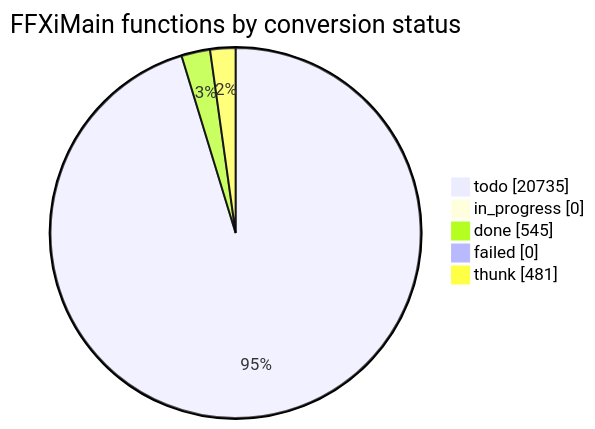
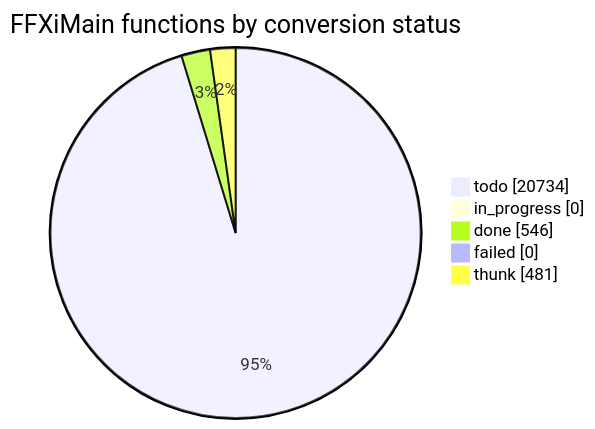
The diagram in docs/cow/STATUS.md (cowrevenge/cow_kuluu_xi_anything), drawn with Mermaid before and after one commit. The commit also changed other lines of this file and 9 other files, not shown here.

````diff
--- a/docs/cow/STATUS.md
+++ b/docs/cow/STATUS.md
@@ -18,9 +18,9 @@
 ```mermaid
 pie showData
     title FFXiMain functions by conversion status
-    "todo" : 20735
+    "todo" : 20734
     "in_progress" : 0
-    "done" : 545
+    "done" : 546
     "failed" : 0
     "thunk" : 481
 ```
````
